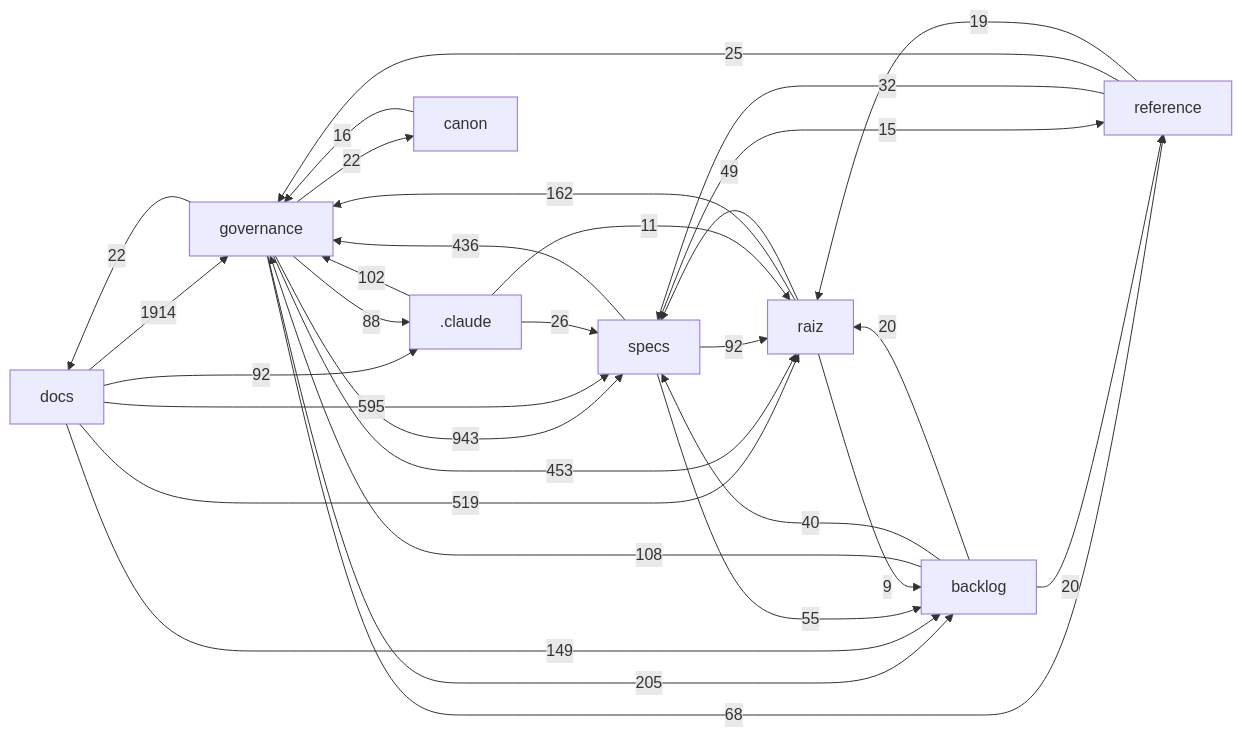
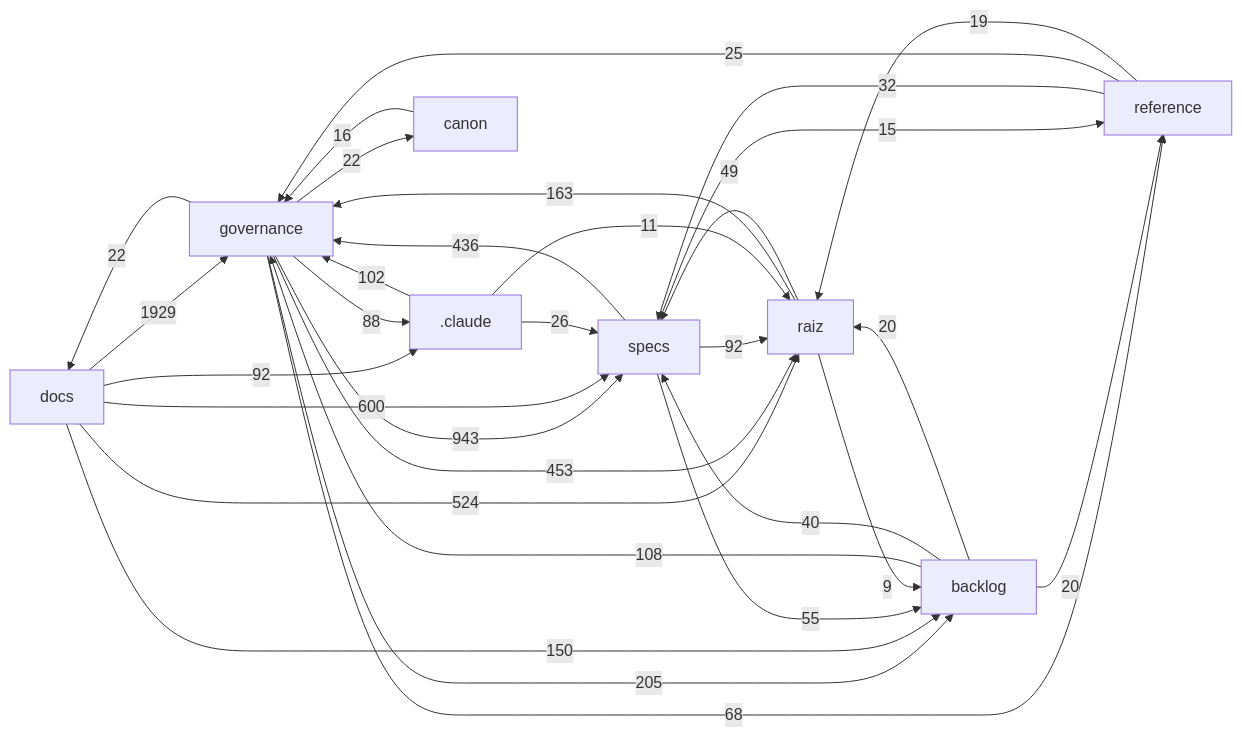
One commit to Andraus35/Sistema-Operacional-de-Trading--SOT changed the diagram in docs/mapa/MAPA-PROJETO.md. Above: the diagram before and after it, drawn with Mermaid. The commit also changed other lines of this file and 6 other files, not shown here.

````diff
--- a/docs/mapa/MAPA-PROJETO.md
+++ b/docs/mapa/MAPA-PROJETO.md
@@ -29,33 +29,33 @@
 ```mermaid
 flowchart LR
-  docs["docs"] -->|1914| governance["governance"]
+  docs["docs"] -->|1929| governance["governance"]
   governance["governance"] -->|943| specs["specs"]
-  docs["docs"] -->|595| specs["specs"]
-  docs["docs"] -->|519| raiz["raiz"]
+  docs["docs"] -->|600| specs["specs"]
+  docs["docs"] -->|524| raiz["raiz"]
   governance["governance"] -->|453| raiz["raiz"]
   specs["specs"] -->|436| governance["governance"]
   governance["governance"] -->|205| backlog["backlog"]
-  raiz["raiz"] -->|162| governance["governance"]
-  docs["docs"] -->|149| backlog["backlog"]
+  raiz["raiz"] -->|163| governance["governance"]
+  docs["docs"] -->|150| backlog["backlog"]
   backlog["backlog"] -->|108| governance["governance"]
   _claude[".claude"] -->|102| governance["governance"]
   docs["docs"] -->|92| _claude[".claude"]
   specs["specs"] -->|92| raiz["raiz"]
   governance["governance"] -->|88| _claude[".claude"]
   governance["governance"] -->|68| reference["reference"]
   specs["specs"] -->|55| backlog["backlog"]
   raiz["raiz"] -->|49| specs["specs"]
   backlog["backlog"] -->|40| specs["specs"]
   reference["reference"] -->|32| specs["specs"]
   _claude[".claude"] -->|26| specs["specs"]
   reference["reference"] -->|25| governance["governance"]
   governance["governance"] -->|22| docs["docs"]
   governance["governance"] -->|22| canon["canon"]
   backlog["backlog"] -->|20| raiz["raiz"]
   backlog["backlog"] -->|20| reference["reference"]
   reference["reference"] -->|19| raiz["raiz"]
   canon["canon"] -->|16| governance["governance"]
   specs["specs"] -->|15| reference["reference"]
   _claude[".claude"] -->|11| raiz["raiz"]
   raiz["raiz"] -->|9| backlog["backlog"]
 ```
````
